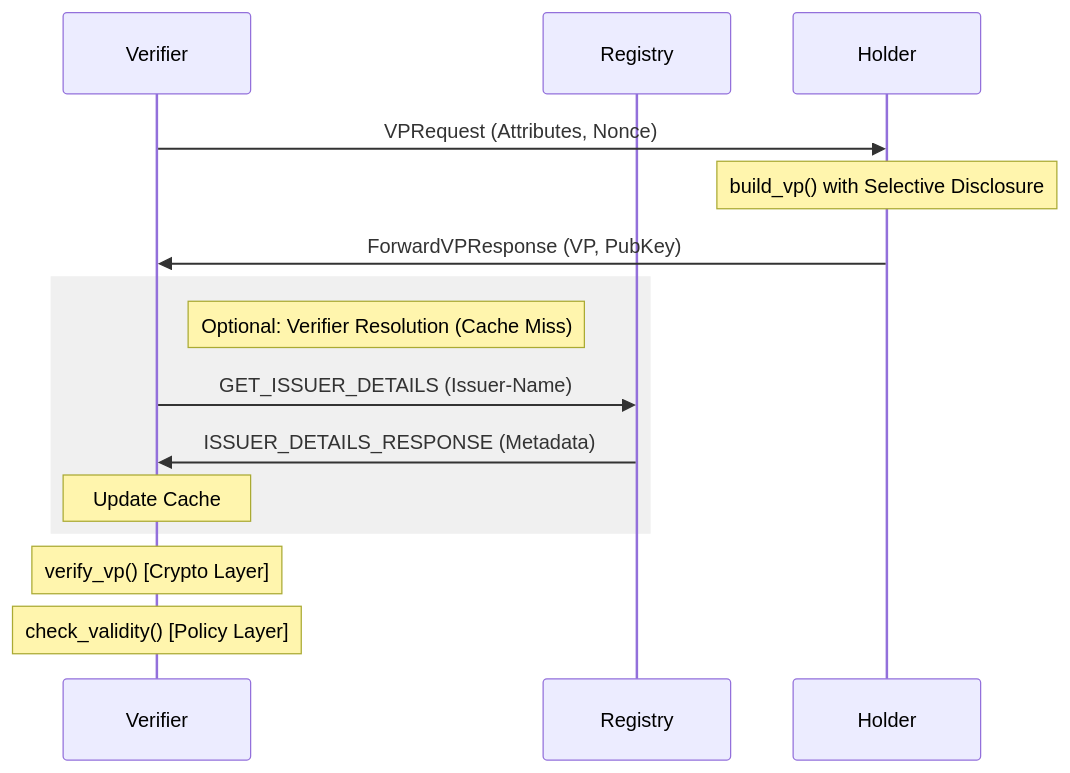
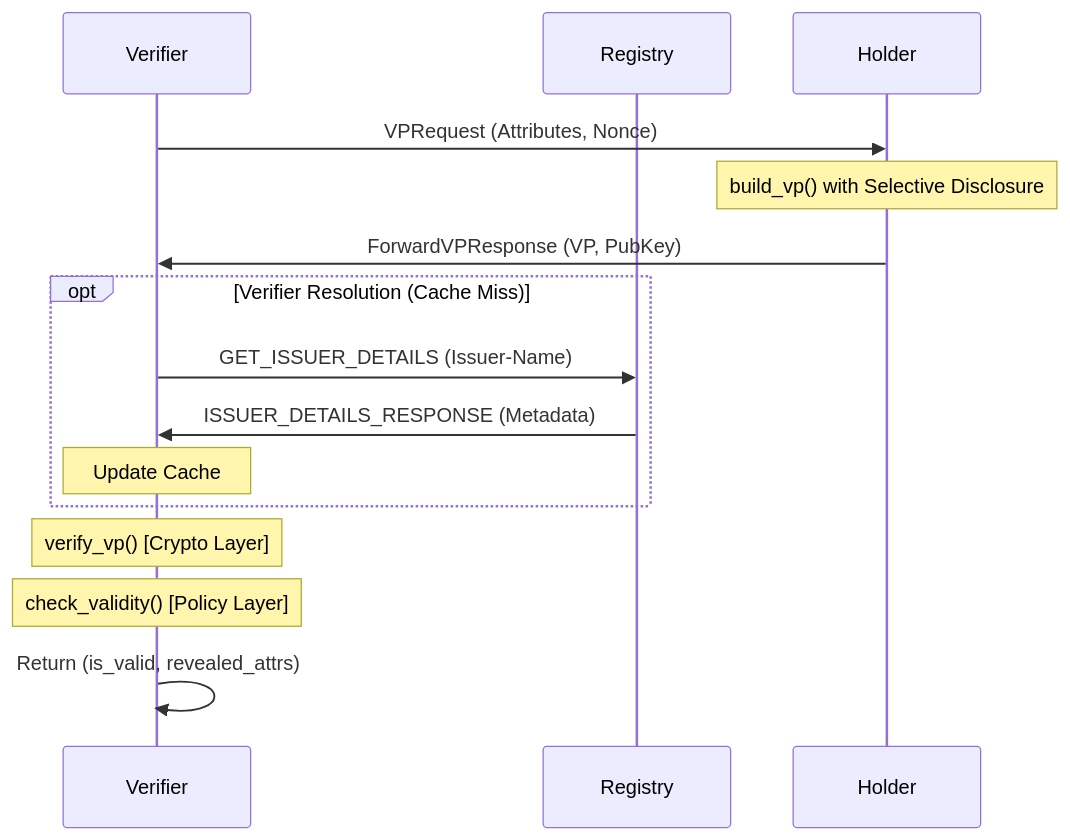
Before and after one commit to ilya-smut/BBS-ISS-Prototype-DMU: the second of 3 diagrams in PROTOCOL_FLOWS.md, drawn with Mermaid. The commit also changed other lines of this file, not shown here.

Commit message:
update protocol flows docs

````diff
--- a/PROTOCOL_FLOWS.md
+++ b/PROTOCOL_FLOWS.md
@@ -56,20 +71,20 @@
 ```mermaid
 sequenceDiagram
     participant V as Verifier
     participant R as Registry
     participant H as Holder
 
     V->>H: VPRequest (Attributes, Nonce)
     Note over H: build_vp() with Selective Disclosure
     H->>V: ForwardVPResponse (VP, PubKey)
     
-    rect rgb(240, 240, 240)
-    Note right of V: Optional: Verifier Resolution (Cache Miss)
-    V->>R: GET_ISSUER_DETAILS (Issuer-Name)
-    R->>V: ISSUER_DETAILS_RESPONSE (Metadata)
-    Note over V: Update Cache
+    opt Verifier Resolution (Cache Miss)
+        V->>R: GET_ISSUER_DETAILS (Issuer-Name)
+        R->>V: ISSUER_DETAILS_RESPONSE (Metadata)
+        Note over V: Update Cache
     end
 
     Note over V: verify_vp() [Crypto Layer]
     Note over V: check_validity() [Policy Layer]
+    V->>V: Return (is_valid, revealed_attrs)
 ```
````
